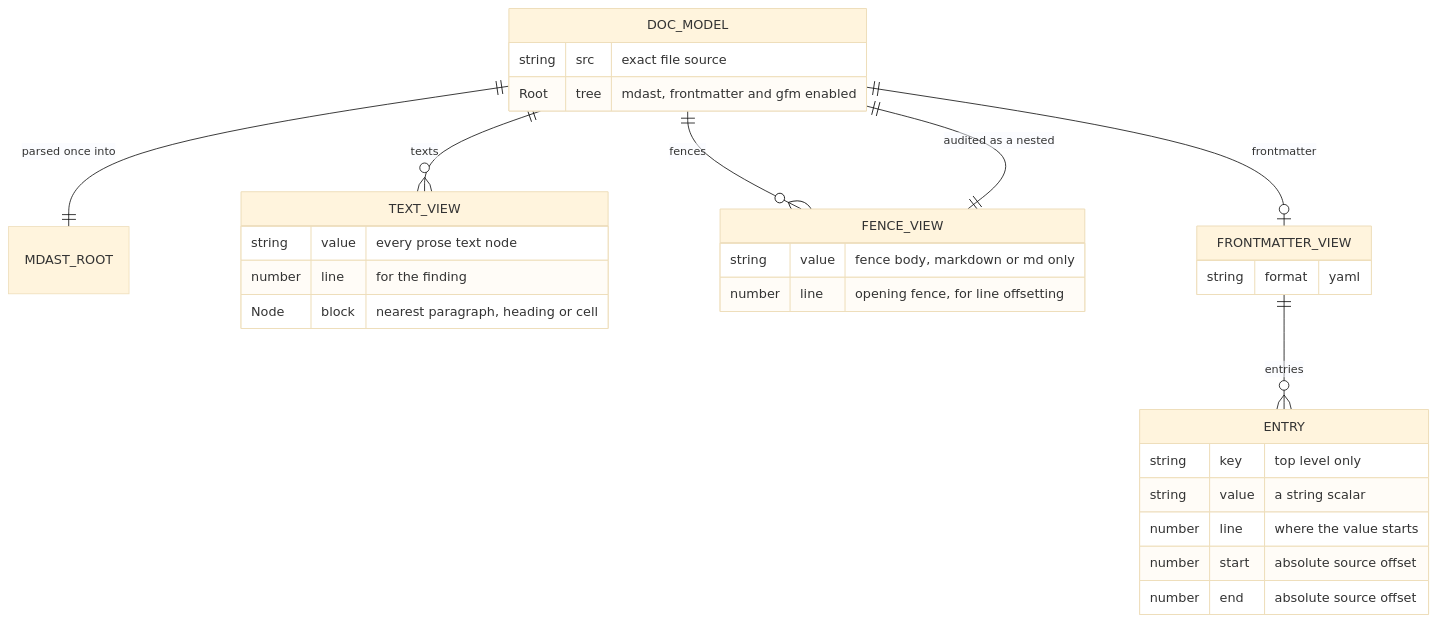
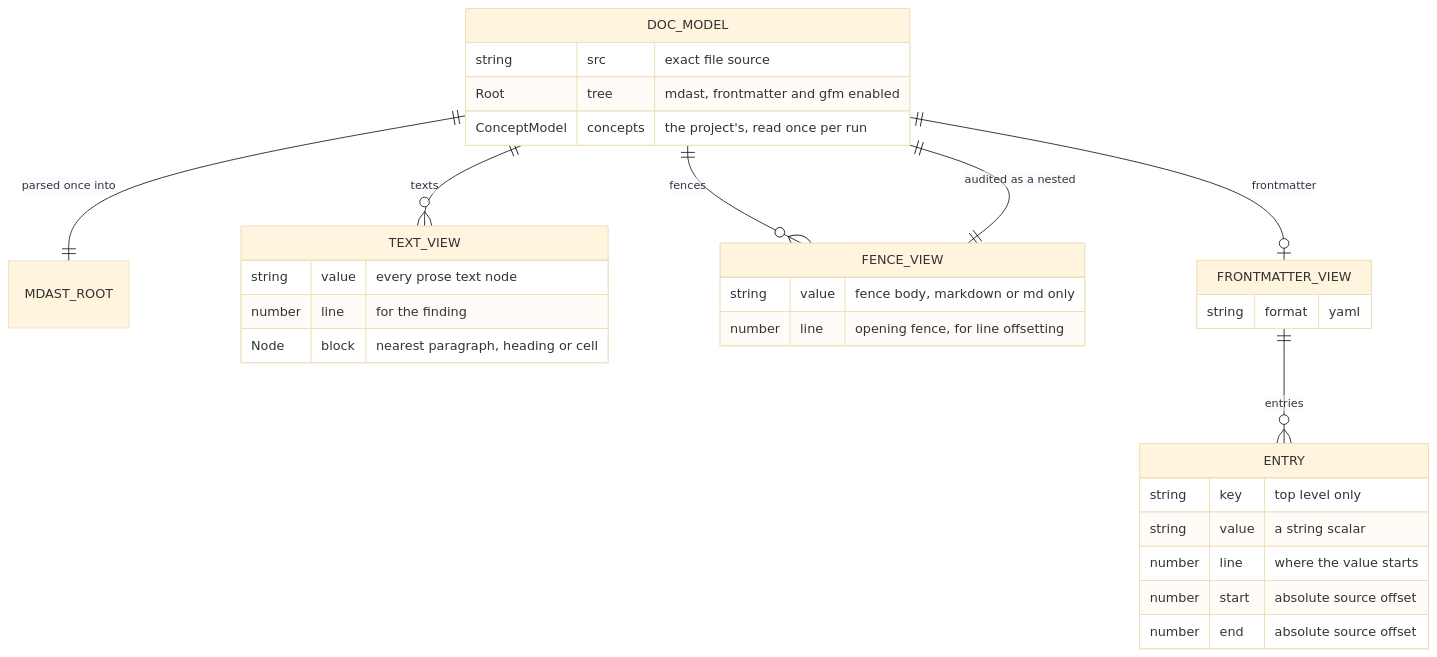
One commit to jpeakai/jpai-prose-gates changed the third of 20 diagrams in docs/DATA_MODEL.md. Above: the diagram before and after it, drawn with Mermaid (base theme). The commit also changed other lines of this file and 163 other files, not shown here.

````diff
--- a/docs/DATA_MODEL.md
+++ b/docs/DATA_MODEL.md
@@ -86,33 +88,34 @@
 ```mermaid
 erDiagram
     DOC_MODEL ||--|| MDAST_ROOT : "parsed once into"
     DOC_MODEL ||--o{ TEXT_VIEW : "texts"
     DOC_MODEL ||--o{ FENCE_VIEW : "fences"
     DOC_MODEL ||--o| FRONTMATTER_VIEW : "frontmatter"
     FRONTMATTER_VIEW ||--o{ ENTRY : "entries"
     FENCE_VIEW ||--|| DOC_MODEL : "audited as a nested"
 
     DOC_MODEL {
         string src "exact file source"
         Root tree "mdast, frontmatter and gfm enabled"
+        ConceptModel concepts "the project's, read once per run"
     }
     TEXT_VIEW {
         string value "every prose text node"
         number line "for the finding"
         Node block "nearest paragraph, heading or cell"
     }
     FENCE_VIEW {
         string value "fence body, markdown or md only"
         number line "opening fence, for line offsetting"
     }
     FRONTMATTER_VIEW {
         string format "yaml"
     }
     ENTRY {
         string key "top level only"
         string value "a string scalar"
         number line "where the value starts"
         number start "absolute source offset"
         number end "absolute source offset"
     }
 ```
````
